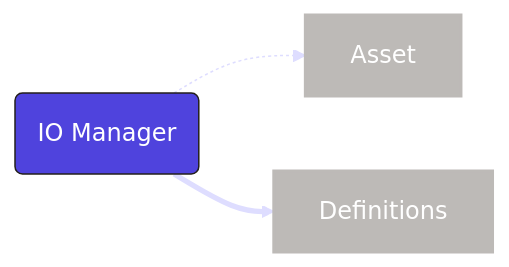
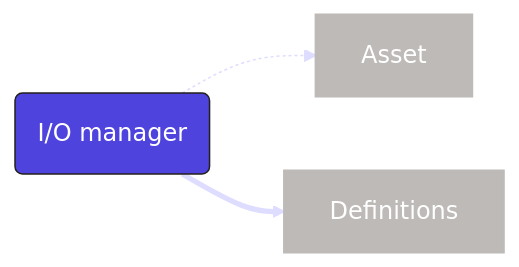
One commit to dagster-io/dagster changed the tenth of 17 diagrams in docs/docs/getting-started/concepts.md. Above: the diagram before and after it, drawn with Mermaid. The commit also changed other lines of this file and 57 other files, not shown here.

````diff
--- a/docs/docs/getting-started/concepts.md
+++ b/docs/docs/getting-started/concepts.md
@@ -390,24 +390,24 @@
 ```mermaid
 %%{
   init: {
     'theme': 'base',
     'themeVariables': {
       'primaryColor': '#4F43DD',
       'primaryTextColor': '#FFFFFF',
       'primaryBorderColor': '#231F1B',
       'lineColor': '#DEDDFF',
       'secondaryColor': '#BDBAB7',
       'tertiaryColor': '#FFFFFF'
     }
   }
 }%%
   graph LR
     style Asset fill:#BDBAB7,stroke:#BDBAB7,stroke-width:2px
 
-    IOManager(IO Manager)
+    IOManager(I/O manager)
 
     style Definitions fill:#BDBAB7,stroke:#BDBAB7,stroke-width:2px
 
     IOManager -.-> Asset
     IOManager ==> Definitions
 ```
````
